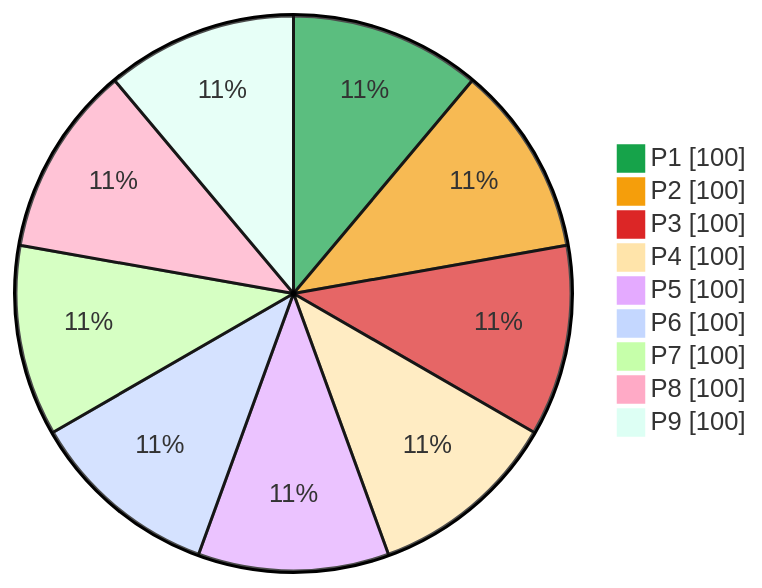
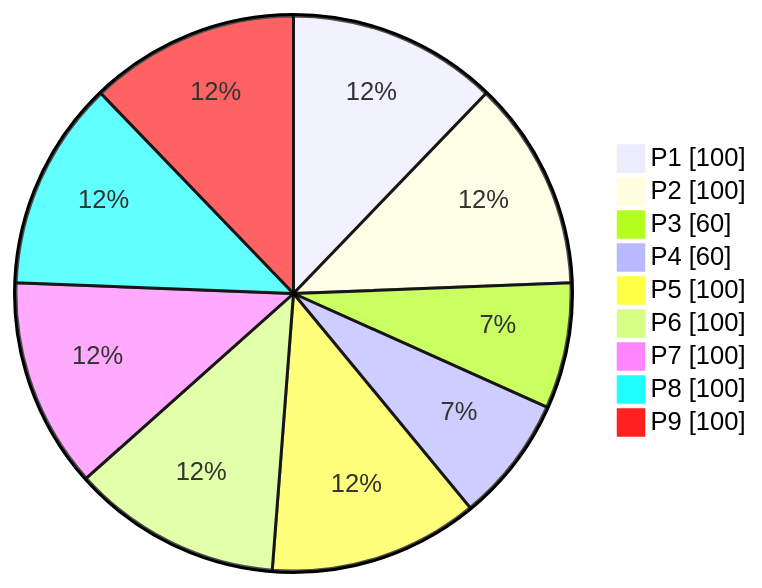
The diagram in PHASES-1-9_Debugging_Progress.md (Azrea-Shade/Trader-Forge), drawn with Mermaid before and after one commit. The commit also changed other lines of this file, not shown here.

Commit message:
docs(dashboard): MAIN 80% (CI 70%), per-phase bars + pie, TODOs — run 17702179778

````diff
--- a/PHASES-1-9_Debugging_Progress.md
+++ b/PHASES-1-9_Debugging_Progress.md
@@ -25,13 +25,12 @@
 ```mermaid
-%%{init: {'theme':'base','themeVariables':{'pie1':'#16a34a','pie2':'#f59e0b','pie3':'#dc2626','fontFamily':'Inter'}}}%%
 pie showData
   "P1" : 100
   "P2" : 100
-  "P3" : 100
-  "P4" : 100
+  "P3" : 60
+  "P4" : 60
   "P5" : 100
   "P6" : 100
   "P7" : 100
   "P8" : 100
   "P9" : 100
 ```
````
